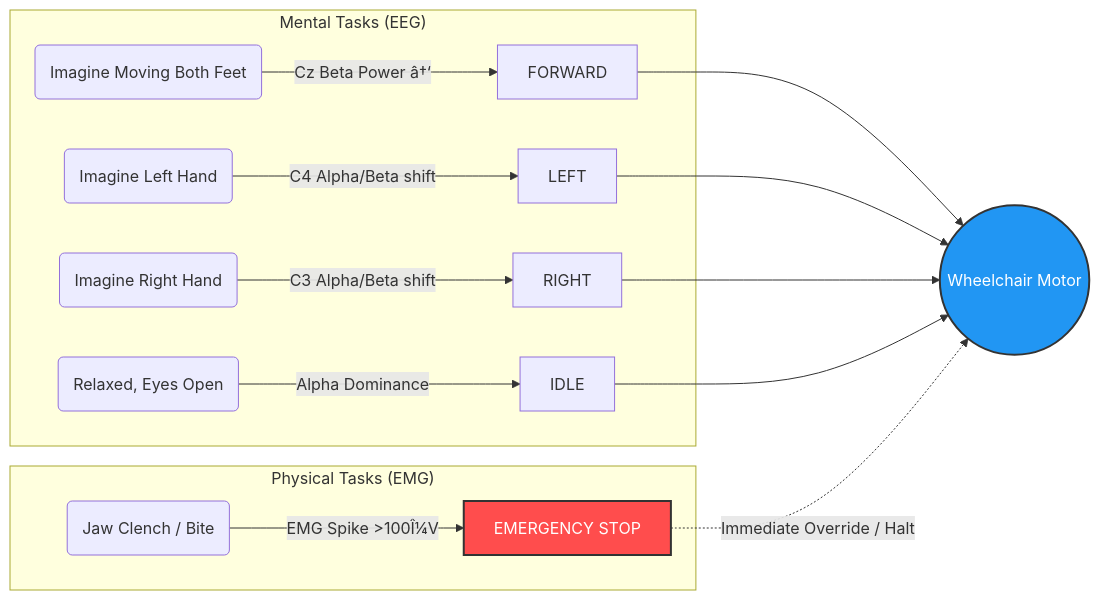
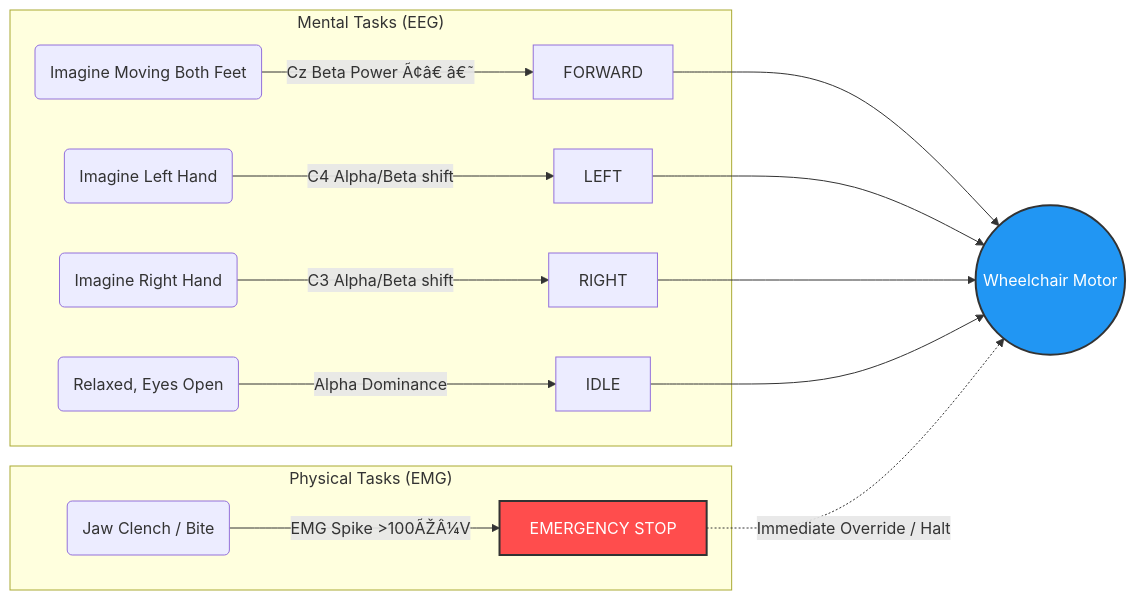
One commit to NAVEENKCG/Mind_Wave_AImodel changed the second of 3 diagrams in RND_PAPER.md. Above: the diagram before and after it, drawn with Mermaid. The commit also changed other lines of this file, not shown here.

````diff
--- a/RND_PAPER.md
+++ b/RND_PAPER.md
@@ -126,22 +126,22 @@
 ```mermaid
 flowchart LR
     subgraph Mental Tasks ["Mental Tasks (EEG)"]
-        M1(Imagine Moving Both Feet) -->|Cz Beta Power â†‘| C1[FORWARD]
+        M1(Imagine Moving Both Feet) -->|Cz Beta Power Ã¢â€ â€˜| C1[FORWARD]
         M2(Imagine Left Hand) -->|C4 Alpha/Beta shift| C2[LEFT]
         M3(Imagine Right Hand) -->|C3 Alpha/Beta shift| C3[RIGHT]
         M4(Relaxed, Eyes Open) -->|Alpha Dominance| C4[IDLE]
     end
     
     subgraph Physical Tasks ["Physical Tasks (EMG)"]
-        P1(Jaw Clench / Bite) -->|EMG Spike >100Î¼V| C5[EMERGENCY STOP]
+        P1(Jaw Clench / Bite) -->|EMG Spike >100ÃŽÂ¼V| C5[EMERGENCY STOP]
     end
     
     C1 --> Wheelchair((Wheelchair Motor))
     C2 --> Wheelchair
     C3 --> Wheelchair
     C4 --> Wheelchair
     C5 -.->|Immediate Override / Halt| Wheelchair
     
     style C5 fill:#ff4d4d,stroke:#333,stroke-width:2px,color:#fff
     style Wheelchair fill:#2196f3,stroke:#333,stroke-width:2px,color:#fff
 ```
````
